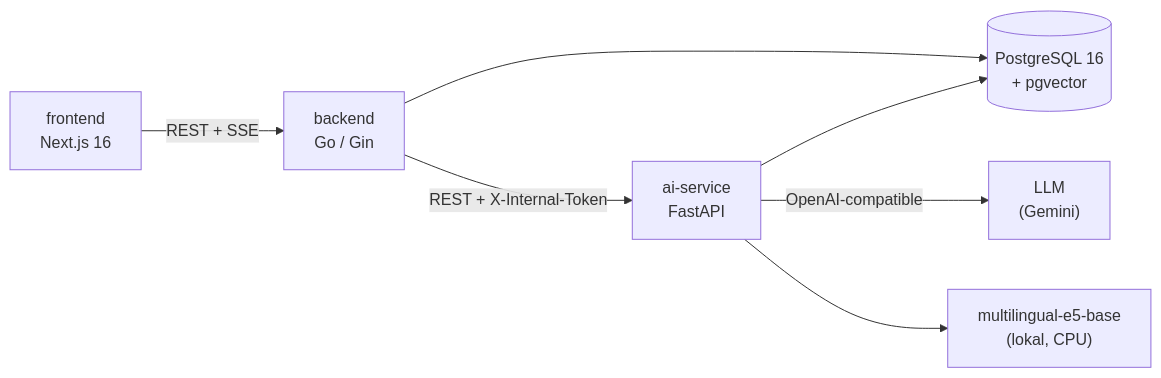
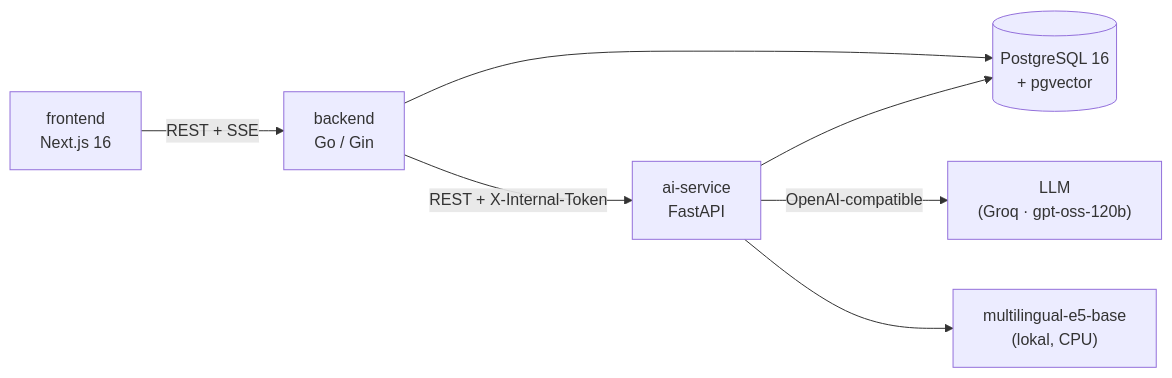
The diagram in README.md (AhmadHasanM/ai-career-compass), drawn with Mermaid before and after one commit. The commit also changed other lines of this file and 11 other files, not shown here.

First line of the commit message:
Pindah LLM ke Groq dan perbaiki relevansi retrieval sumber belajar

````diff
--- a/README.md
+++ b/README.md
@@ -21,9 +21,9 @@
 ```mermaid
 flowchart LR
   FE["frontend<br/>Next.js 16"] -->|REST + SSE| BE["backend<br/>Go / Gin"]
   BE -->|REST + X-Internal-Token| AI["ai-service<br/>FastAPI"]
   BE --> DB[("PostgreSQL 16<br/>+ pgvector")]
   AI --> DB
-  AI -->|OpenAI-compatible| LLM["LLM<br/>(Gemini)"]
+  AI -->|OpenAI-compatible| LLM["LLM<br/>(Groq · gpt-oss-120b)"]
   AI --> EMB["multilingual-e5-base<br/>(lokal, CPU)"]
 ```
````
